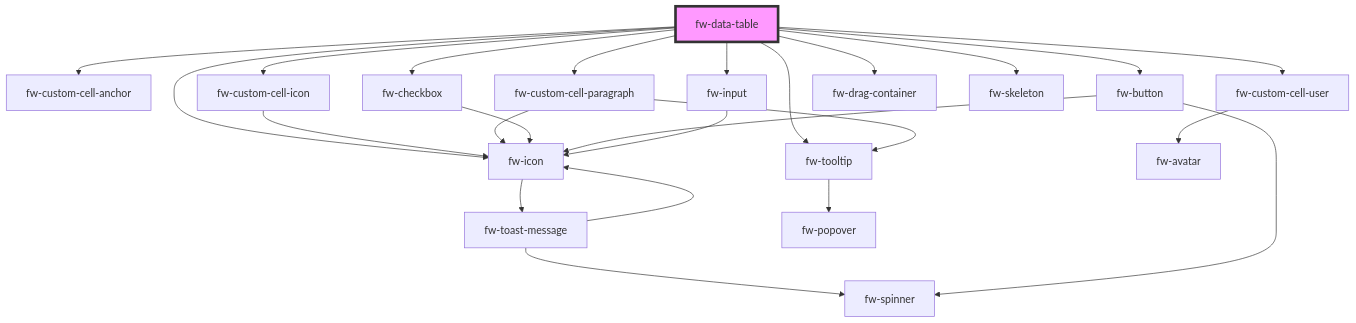
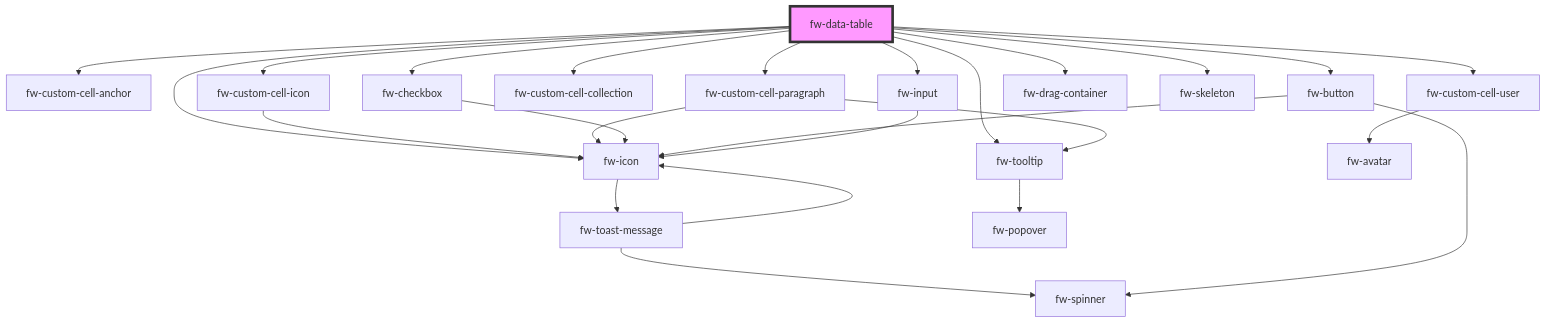
The diagram in packages/crayons-core/src/components/data-table/readme.md (freshworks/crayons), drawn with Mermaid before and after one commit. The commit also changed other lines of this file and 6 other files, not shown here.

Commit message:
feat(data-table): adding collections variant to data table

````diff
--- a/packages/crayons-core/src/components/data-table/readme.md
+++ b/packages/crayons-core/src/components/data-table/readme.md
@@ -1992,27 +2145,28 @@
 ```mermaid
 graph TD;
   fw-data-table --> fw-custom-cell-anchor
   fw-data-table --> fw-custom-cell-user
   fw-data-table --> fw-custom-cell-icon
   fw-data-table --> fw-custom-cell-paragraph
+  fw-data-table --> fw-custom-cell-collection
   fw-data-table --> fw-checkbox
   fw-data-table --> fw-tooltip
   fw-data-table --> fw-button
   fw-data-table --> fw-icon
   fw-data-table --> fw-input
   fw-data-table --> fw-drag-container
   fw-data-table --> fw-skeleton
   fw-custom-cell-user --> fw-avatar
   fw-custom-cell-icon --> fw-icon
   fw-icon --> fw-toast-message
   fw-toast-message --> fw-spinner
   fw-toast-message --> fw-icon
   fw-custom-cell-paragraph --> fw-tooltip
   fw-custom-cell-paragraph --> fw-icon
   fw-tooltip --> fw-popover
   fw-checkbox --> fw-icon
   fw-button --> fw-spinner
   fw-button --> fw-icon
   fw-input --> fw-icon
   style fw-data-table fill:#f9f,stroke:#333,stroke-width:4px
 ```
````
